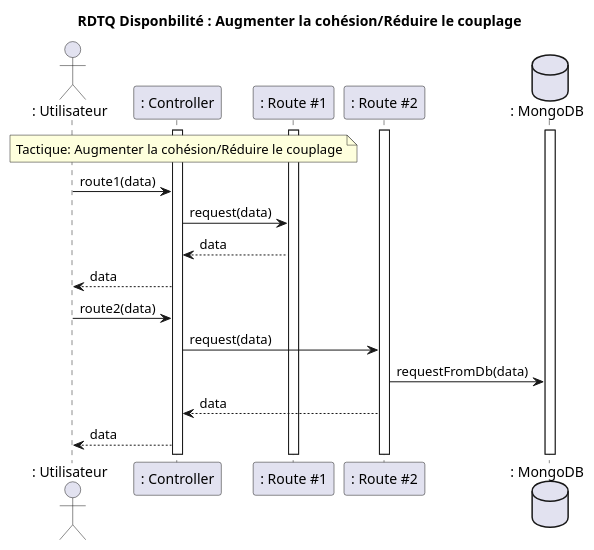
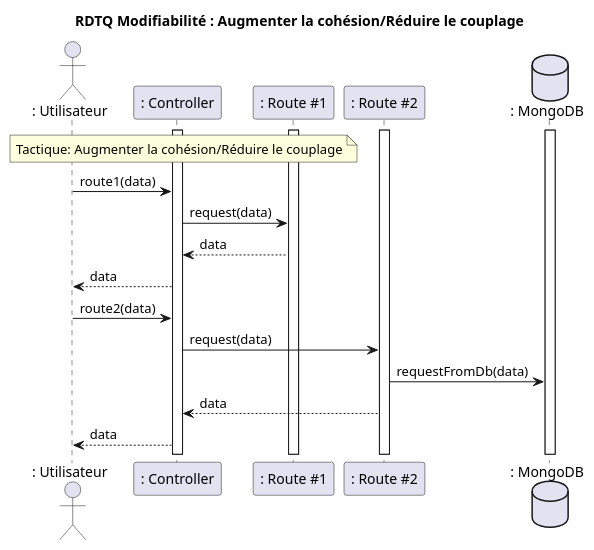
One commit to LOG430-MicroServices/LOG430-STM changed the diagram in doc/plantuml/auth/Modifiabilite-AugmenterCohésionRéduireCouplage.puml. Above: the diagram before and after it, drawn with PlantUML.

```diff
--- a/doc/plantuml/auth/Modifiabilite-AugmenterCohésionRéduireCouplage.puml
+++ b/doc/plantuml/auth/Modifiabilite-AugmenterCohésionRéduireCouplage.puml
@@ -1,29 +1,29 @@
 @startuml
-title RDTQ Disponbilité : Augmenter la cohésion/Réduire le couplage
+title RDTQ Modifiabilité : Augmenter la cohésion/Réduire le couplage
 
 actor ": Utilisateur" as user
 participant ": Controller" as controller
 participant ": Route #1" as r1
 participant ": Route #2" as r2
 database ": MongoDB" as db
 
 note over user, r1: Tactique: Augmenter la cohésion/Réduire le couplage
 
 activate controller
 activate r2
 activate r1
 activate db
 
 note left : scénario d'un call api d'utilisateur, \n Example général d'une requete fait par l'utilisateur pour démontrer \n l'augmentation de la cohésion et la réduction de couplage.
 
 user -> controller: route1(data)
 controller-> r1: request(data)
 r1 --> controller: data
 controller--> user : data
 
 user -> controller: route2(data)
 controller-> r2: request(data)
 r2 -> db : requestFromDb(data)
 r2 --> controller: data
 controller--> user : data
 @enduml
```
